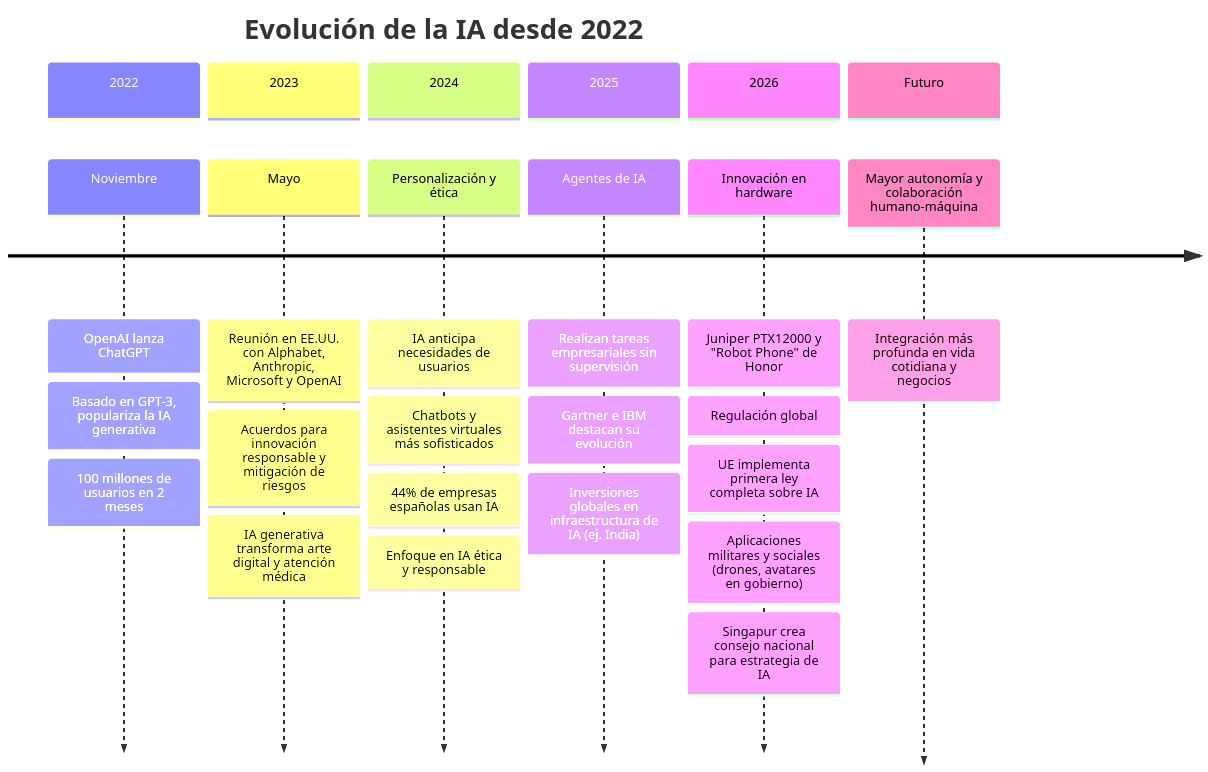
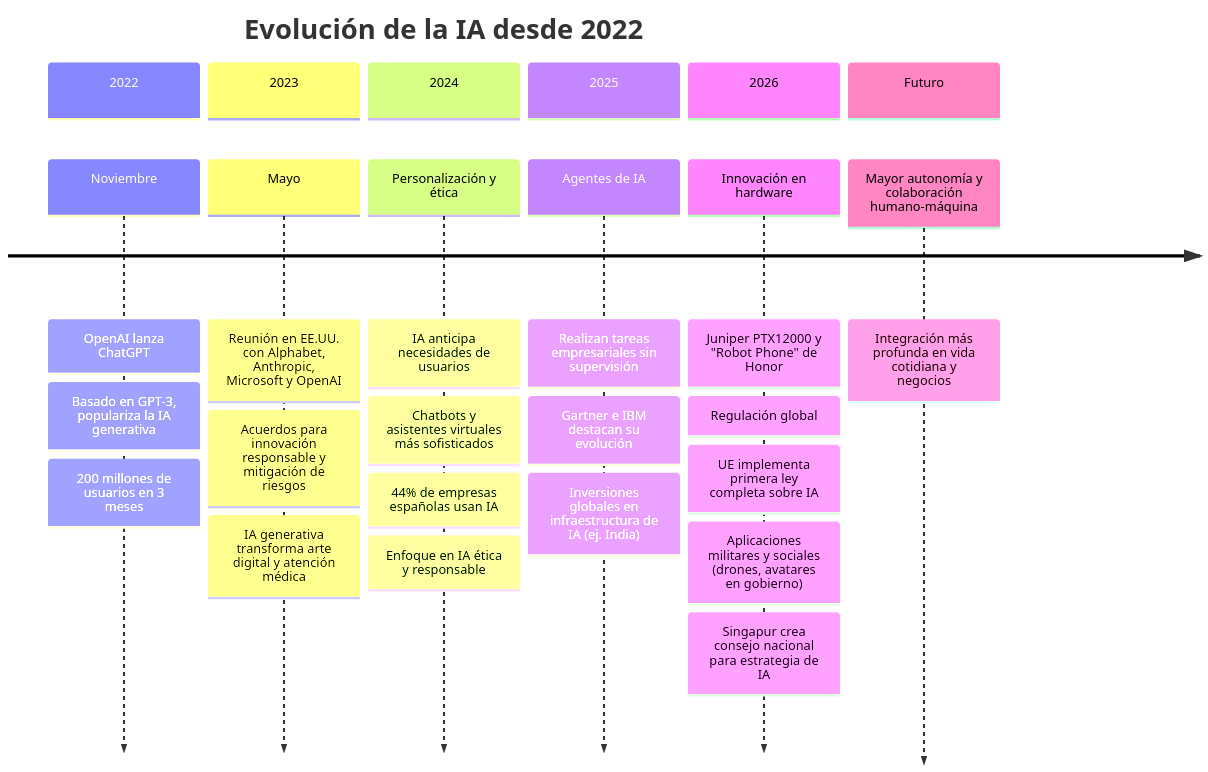
Before and after one commit to albertomozo/TDIGITAL: the diagram in IA/linea_tiempo_mistral.md, drawn with Mermaid.

Commit message:
Update user count for ChatGPT launch in 2022

````diff
--- a/IA/linea_tiempo_mistral.md
+++ b/IA/linea_tiempo_mistral.md
@@ -1,34 +1,34 @@
 ```mermaid
 timeline
   title Evolución de la IA desde 2022
   section 2022
     Noviembre : OpenAI lanza ChatGPT
     : Basado en GPT-3, populariza la IA generativa
-    : 100 millones de usuarios en 2 meses
+    : 200 millones de usuarios en 3 meses
 
   section 2023
     Mayo : Reunión en EE.UU. con Alphabet, Anthropic, Microsoft y OpenAI
     : Acuerdos para innovación responsable y mitigación de riesgos
     : IA generativa transforma arte digital y atención médica
 
   section 2024
     Personalización y ética : IA anticipa necesidades de usuarios
     : Chatbots y asistentes virtuales más sofisticados
     : 44% de empresas españolas usan IA
     : Enfoque en IA ética y responsable
 
   section 2025
     Agentes de IA : Realizan tareas empresariales sin supervisión
     : Gartner e IBM destacan su evolución
     : Inversiones globales en infraestructura de IA (ej. India)
 
   section 2026
     Innovación en hardware : Juniper PTX12000 y "Robot Phone" de Honor
     : Regulación global: UE implementa primera ley completa sobre IA
     : Aplicaciones militares y sociales (drones, avatares en gobierno)
     : Singapur crea consejo nacional para estrategia de IA
 
   section Futuro
     Mayor autonomía y colaboración humano-máquina
     : Integración más profunda en vida cotidiana y negocios
 ```
````
